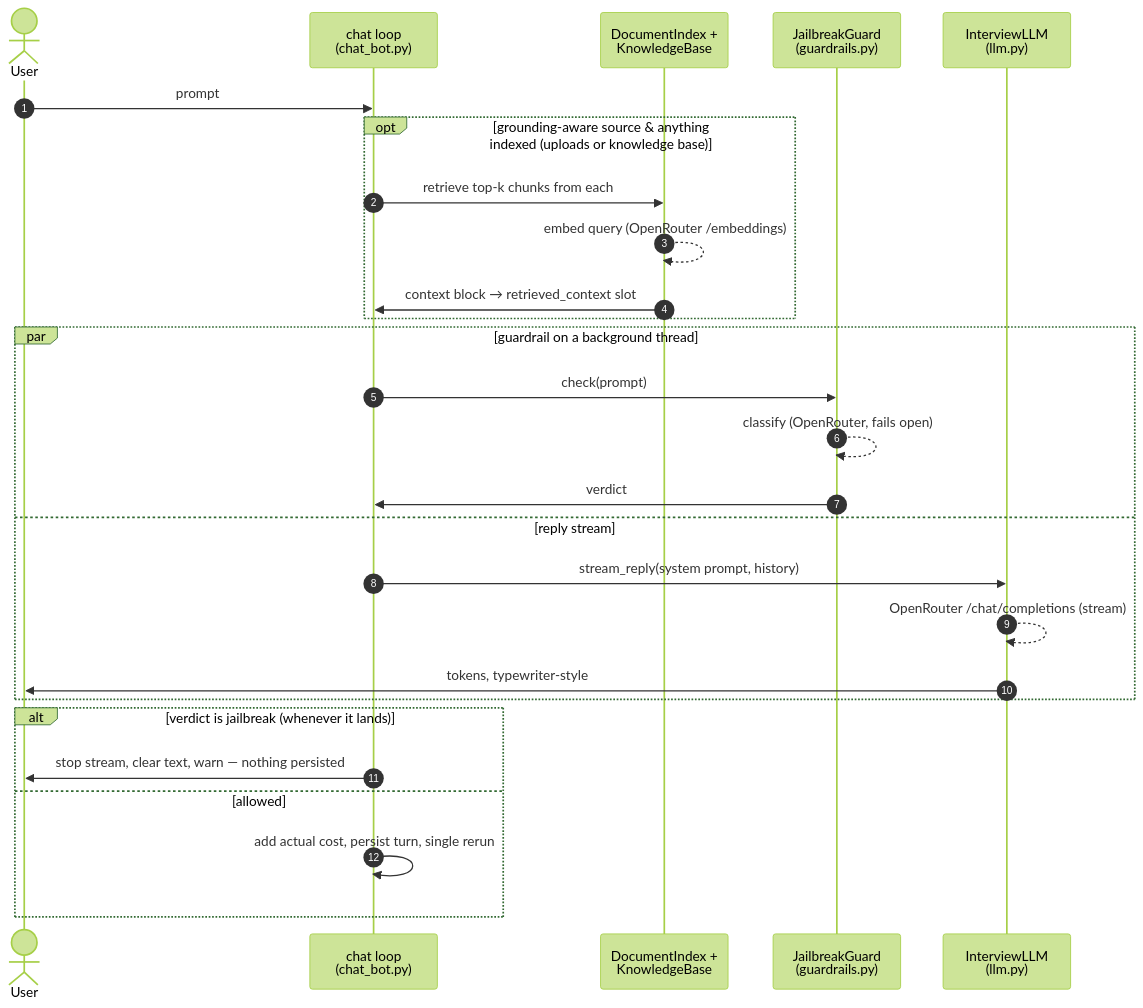
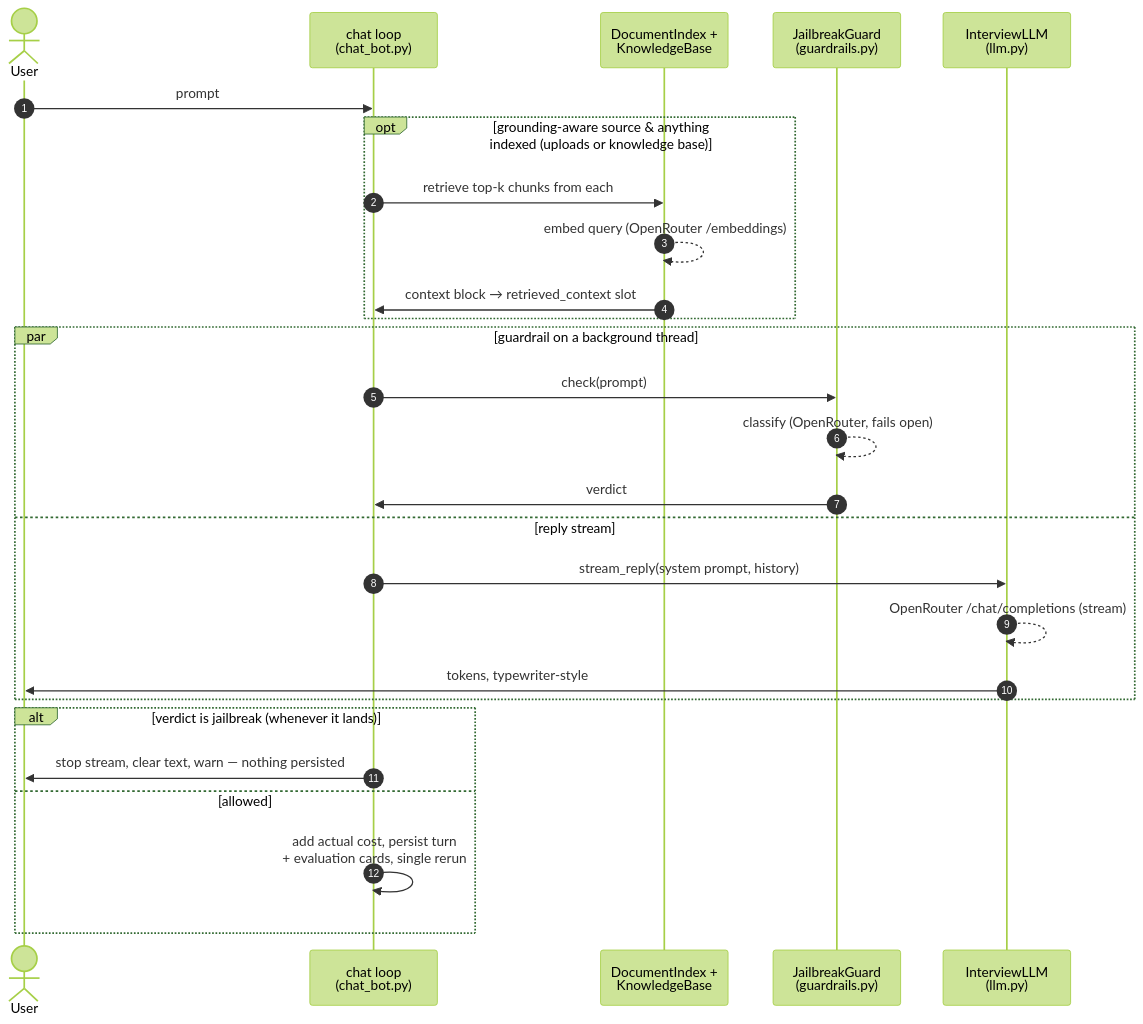
Before and after one commit to DukeOfErl/interv_preper: the first of 5 diagrams in docs/diagrams/architecture.md, drawn with Mermaid (forest theme). The commit also changed other lines of this file and 12 other files, not shown here.

````diff
--- a/docs/diagrams/architecture.md
+++ b/docs/diagrams/architecture.md
@@ -18,30 +18,30 @@
 ```mermaid
 sequenceDiagram
     autonumber
     actor U as User
     participant CB as chat loop<br/>(chat_bot.py)
     participant R as DocumentIndex +<br/>KnowledgeBase
     participant G as JailbreakGuard<br/>(guardrails.py)
     participant L as InterviewLLM<br/>(llm.py)
 
     U->>CB: prompt
     opt grounding-aware source & anything indexed (uploads or knowledge base)
         CB->>R: retrieve top-k chunks from each
         R-->>R: embed query (OpenRouter /embeddings)
         R->>CB: context block → retrieved_context slot
     end
     par guardrail on a background thread
         CB->>G: check(prompt)
         G-->>G: classify (OpenRouter, fails open)
         G->>CB: verdict
     and reply stream
         CB->>L: stream_reply(system prompt, history)
         L-->>L: OpenRouter /chat/completions (stream)
         L->>U: tokens, typewriter-style
     end
     alt verdict is jailbreak (whenever it lands)
         CB->>U: stop stream, clear text, warn — nothing persisted
     else allowed
-        CB->>CB: add actual cost, persist turn, single rerun
+        CB->>CB: add actual cost, persist turn<br/>+ evaluation cards, single rerun
     end
 ```
````
